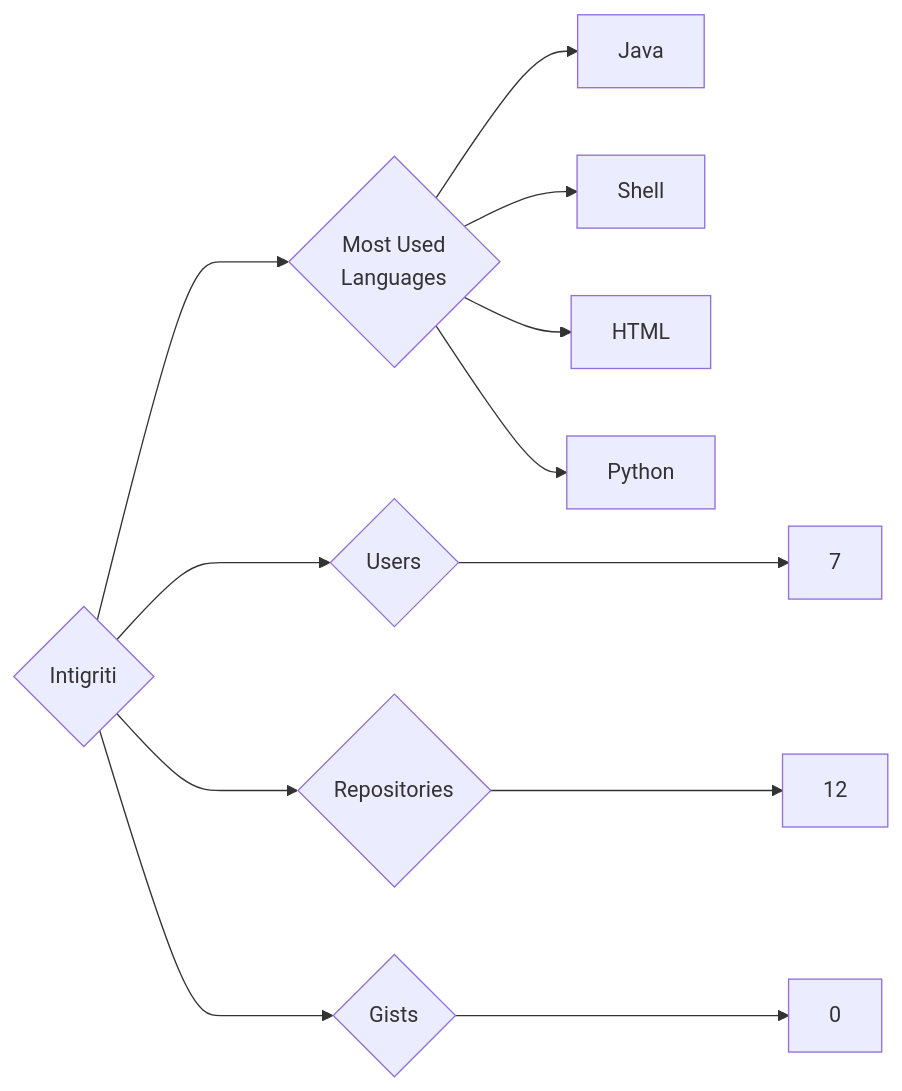
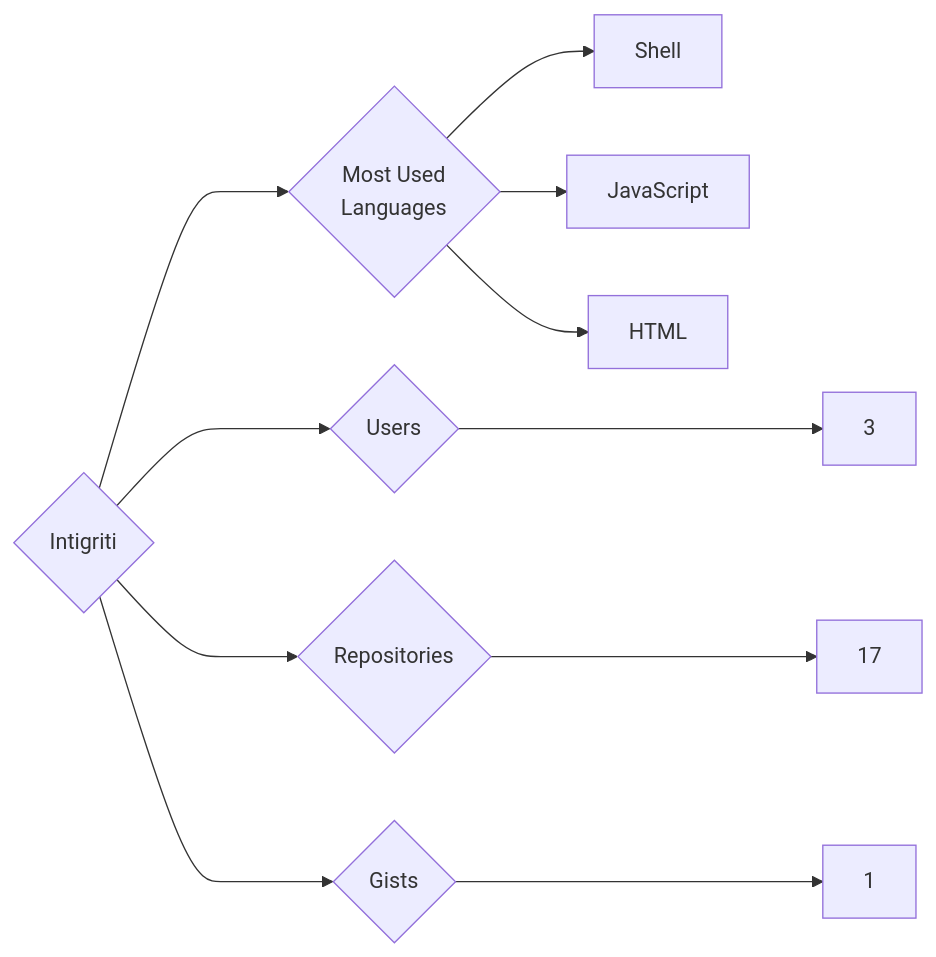
The diagram in targets/Intigriti/README.md (trickest/insiders), drawn with Mermaid before and after one commit. The commit also changed 984 other files, not shown here.

````diff
--- a/targets/Intigriti/README.md
+++ b/targets/Intigriti/README.md
@@ -3,12 +3,11 @@
 ```mermaid
 graph LR
 COMPANY_NAME{Intigriti}
-COMPANY_NAME ---> U{Users} ---> UN[7]
-COMPANY_NAME ---> R{Repositories} ---> RN[12]
-COMPANY_NAME ---> G{Gists} ---> GN[0]
+COMPANY_NAME ---> U{Users} ---> UN[3]
+COMPANY_NAME ---> R{Repositories} ---> RN[17]
+COMPANY_NAME ---> G{Gists} ---> GN[1]
 COMPANY_NAME ---> ML{Most Used<br>Languages}
-ML --> Java[Java]
 ML --> Shell[Shell]
+ML --> JavaScript[JavaScript]
 ML --> HTML[HTML]
-ML --> Python[Python]
 ```
````
